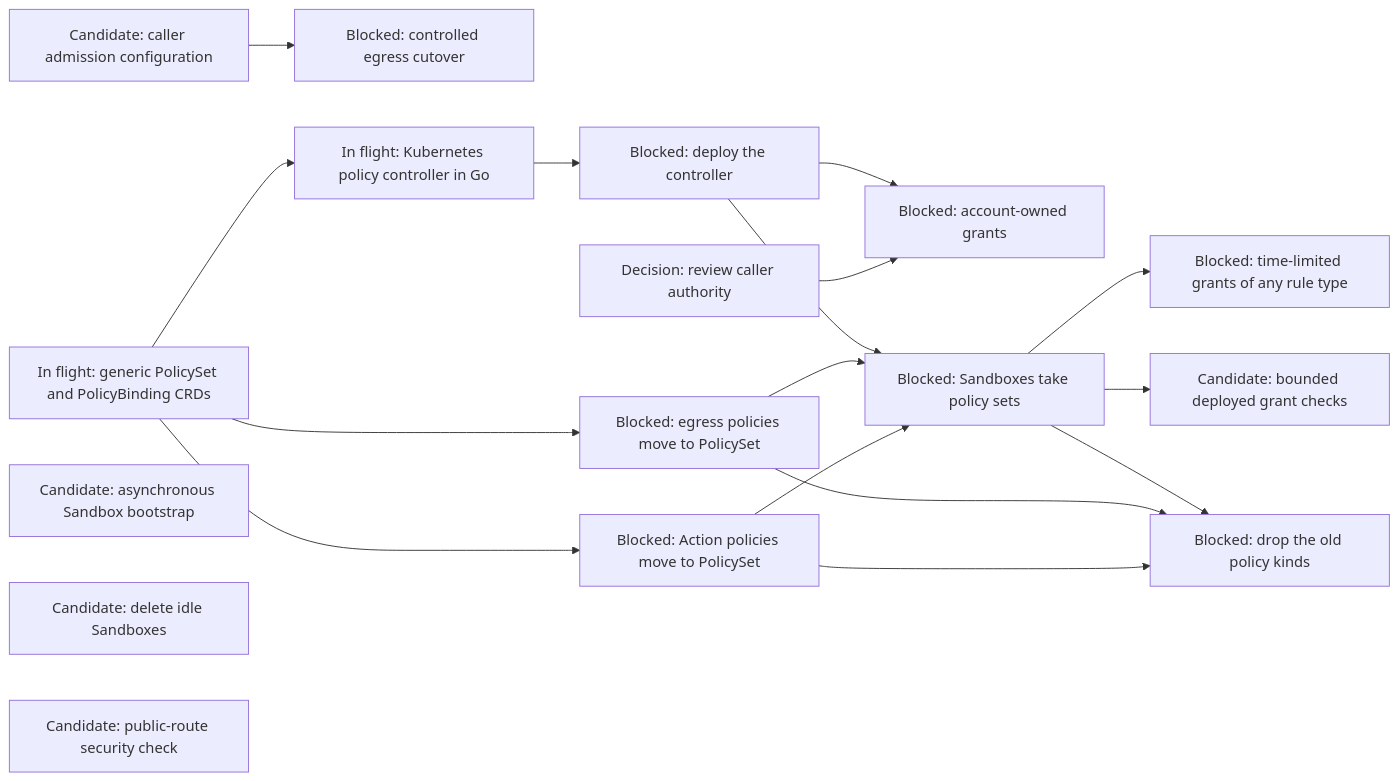
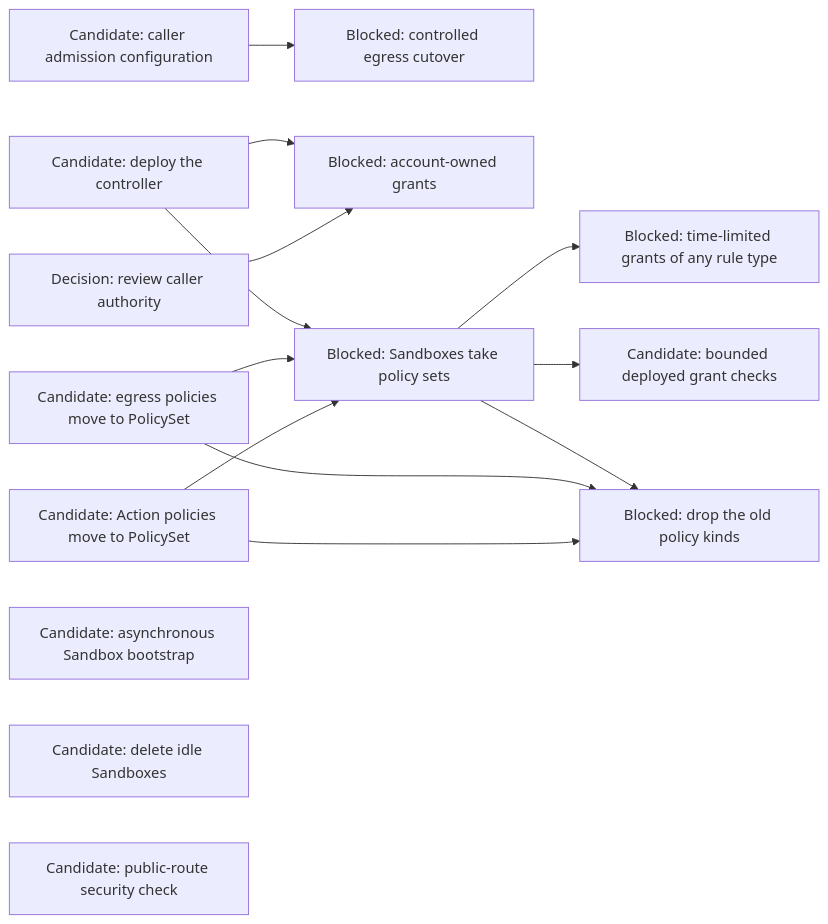
Before and after one commit to agentydragon-agent/ducktape: the eighth of 14 diagrams in agentplane/plans/task_dag.md, drawn with Mermaid. The commit also changed other lines of this file and 25 other files, not shown here.

````diff
--- a/agentplane/plans/task_dag.md
+++ b/agentplane/plans/task_dag.md
@@ -472,22 +472,20 @@
 ```mermaid
 flowchart LR
     PC_EGRESS_CREDENTIALS[Candidate: caller admission configuration] --> PC_EGRESS[Blocked: controlled egress cutover]
     CLAUDE_AI_SA[Decision: review caller authority] --> MANAGED_SA_RBAC[Blocked: account-owned grants]
-    POLICY_CRDS[In flight: generic PolicySet and PolicyBinding CRDs] --> K8S_POLICY_CONTROLLER[In flight: Kubernetes policy controller in Go]
-    POLICY_CRDS --> ACTION_POLICY_MIGRATE[Blocked: Action policies move to PolicySet]
-    POLICY_CRDS --> EGRESS_POLICY_MIGRATE[Blocked: egress policies move to PolicySet]
+    ACTION_POLICY_MIGRATE[Candidate: Action policies move to PolicySet]
+    EGRESS_POLICY_MIGRATE[Candidate: egress policies move to PolicySet]
     ACTION_POLICY_MIGRATE --> OLD_POLICY_KINDS_DROP[Blocked: drop the old policy kinds]
     EGRESS_POLICY_MIGRATE --> OLD_POLICY_KINDS_DROP
     ACTION_POLICY_MIGRATE --> POLICY_SANDBOX_CUTOVER
     EGRESS_POLICY_MIGRATE --> POLICY_SANDBOX_CUTOVER
-    K8S_POLICY_CONTROLLER --> K8S_POLICY_DEPLOY[Blocked: deploy the controller]
-    K8S_POLICY_DEPLOY --> POLICY_SANDBOX_CUTOVER[Blocked: Sandboxes take policy sets]
+    K8S_POLICY_DEPLOY[Candidate: deploy the controller] --> POLICY_SANDBOX_CUTOVER[Blocked: Sandboxes take policy sets]
     POLICY_SANDBOX_CUTOVER --> POLICY_RUNTIME_GRANTS[Blocked: time-limited grants of any rule type]
     K8S_POLICY_DEPLOY --> MANAGED_SA_RBAC
     POLICY_SANDBOX_CUTOVER --> SANDBOX_RBAC
     POLICY_SANDBOX_CUTOVER --> OLD_POLICY_KINDS_DROP
     BOOTSTRAP_PROGRESS_CONTRACT[Candidate: asynchronous Sandbox bootstrap]
     SANDBOX_IDLE_EXPIRY[Candidate: delete idle Sandboxes]
     SANDBOX_RBAC[Candidate: bounded deployed grant checks]
     NOTIFICATION_INGRESS_BOUNDARY[Candidate: public-route security check]
 ```
````
